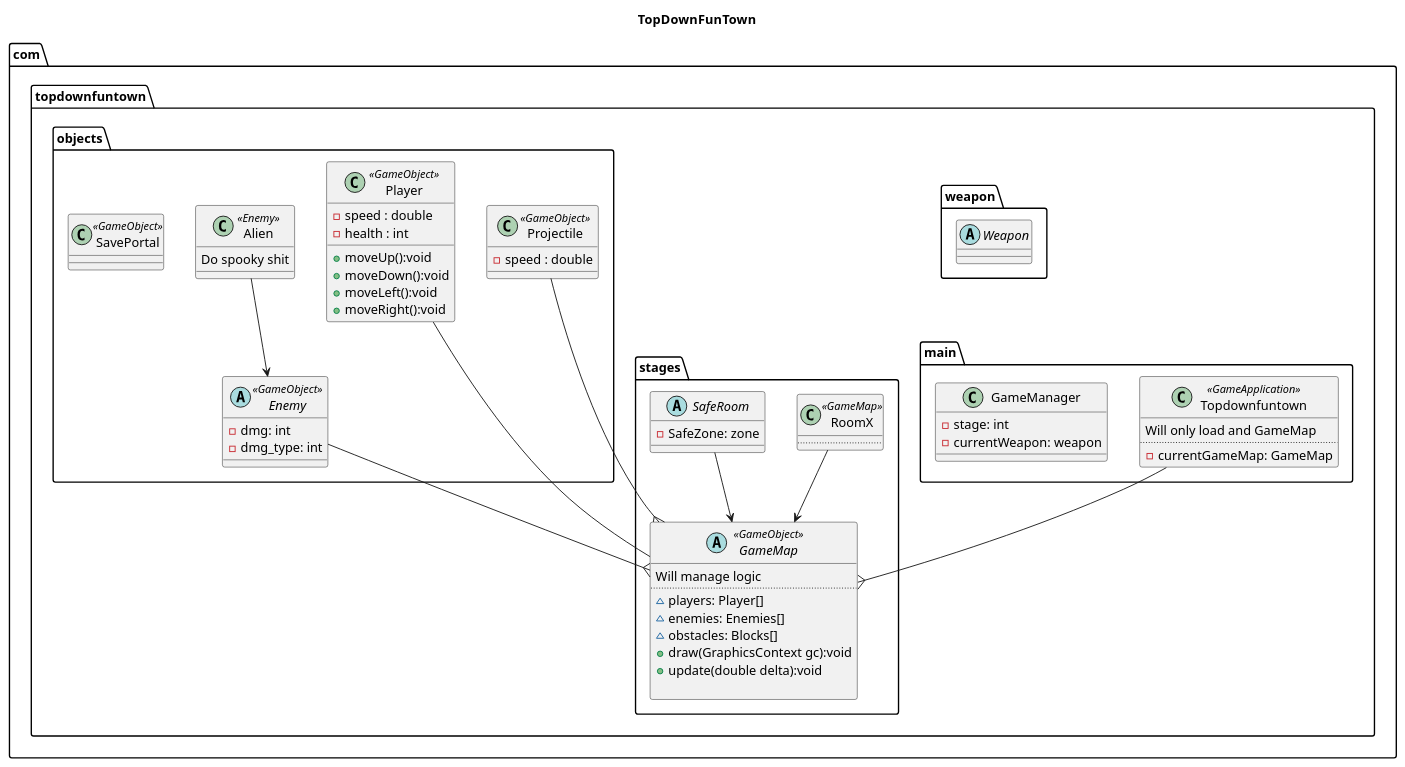
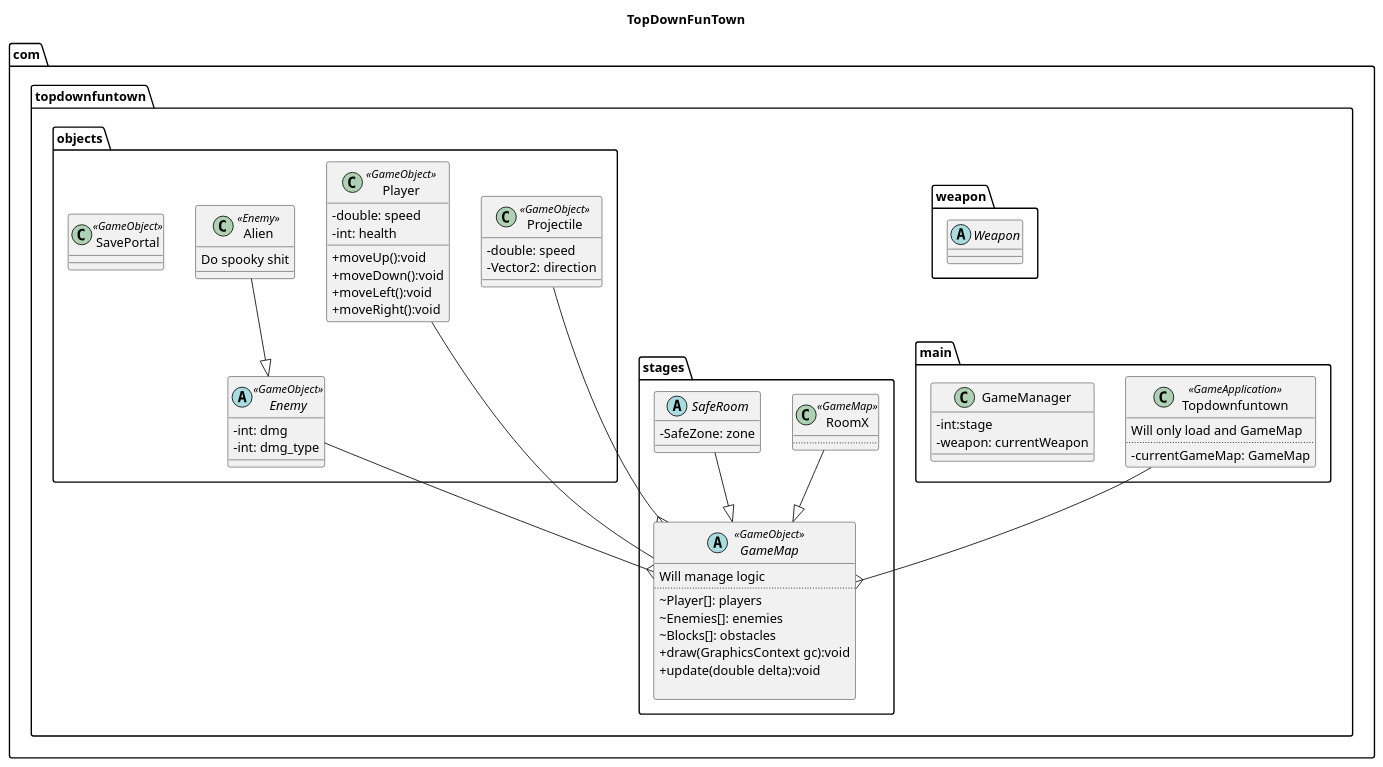
One commit to passeride/TopdownFunTown changed the diagram in org/topdownfuntown.plantuml. Above: the diagram before and after it, drawn with PlantUML. The commit also changed 8 other files, not shown here.

```diff
--- a/org/topdownfuntown.plantuml
+++ b/org/topdownfuntown.plantuml
@@ -1,89 +1,92 @@
 @startuml
+
+skinparam classAttributeIconSize 0
 
 title TopDownFunTown
 
 package com.topdownfuntown{
 
 package main{
     class Topdownfuntown <<GameApplication>>{
     Will only load and GameMap
     ..
         -currentGameMap: GameMap
     }
 
     class GameManager{
-        -stage: int
-        -currentWeapon: weapon
+        -int:stage
+        -weapon: currentWeapon
 
     }
 }
 
 package weapon{
     abstract class Weapon{
 
     }
 }
 
 package stages{
     abstract class GameMap <<GameObject>>{
         Will manage logic
         ..
-        ~players: Player[]
-        ~enemies: Enemies[]
-        ~obstacles: Blocks[]
+        ~Player[]: players
+        ~Enemies[]: enemies
+        ~Blocks[]: obstacles
         +draw(GraphicsContext gc):void
         +update(double delta):void
 
     }
 
     class RoomX <<GameMap>>{
         ..
     }
 
     abstract class SafeRoom{
         -SafeZone: zone
     }
 }
 
 package objects{
     class Player <<GameObject>>{
-        -speed : double
-        -health : int
+        -double: speed
+        -int: health
         +moveUp():void
         +moveDown():void
         +moveLeft():void
         +moveRight():void
     }
 
     abstract class Enemy <<GameObject>>{
-        -dmg: int
-        -dmg_type: int
+        -int: dmg
+        -int: dmg_type
     }
 
     class Alien <<Enemy>>{
         Do spooky shit
 
     }
 
     class Projectile <<GameObject>> {
-        -speed : double
+        -double: speed
+        -Vector2: direction
     }
 
     class SavePortal<<GameObject>>{
 
     }
 }
 
 }
 
 '' assoc
-SafeRoom --> GameMap
-RoomX --> GameMap
-Alien --> Enemy
+SafeRoom --|> GameMap
+RoomX --|> GameMap
+Alien --|> Enemy
 Player -RIGHT- GameMap
 Enemy --{ GameMap
 Projectile --{ GameMap
 Topdownfuntown -DOWN-{ GameMap
 
 
 @enduml
```
